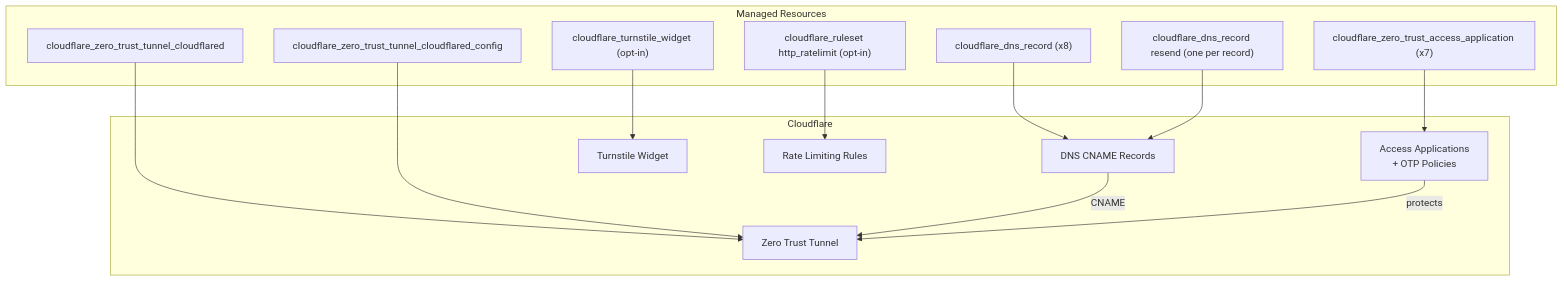
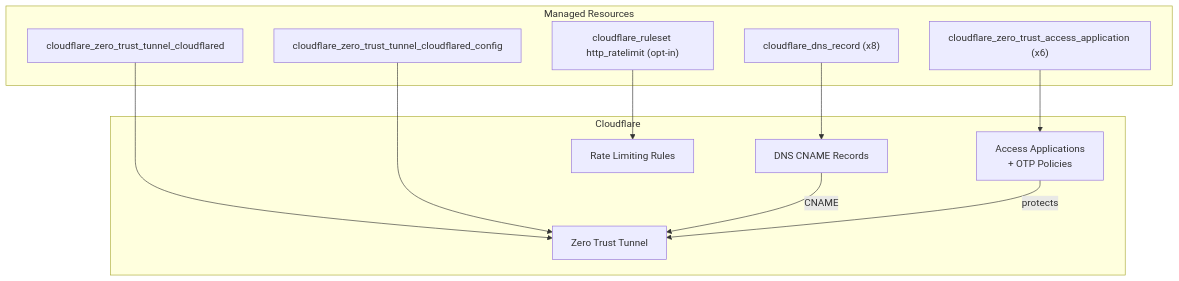
The fourth of 4 diagrams in README.md (danielpsf/homelab), drawn with Mermaid before and after one commit. The commit also changed other lines of this file and 164 other files, not shown here.

````diff
--- a/README.md
+++ b/README.md
@@ -161,31 +157,26 @@
 ```mermaid
 graph TD
     subgraph Cloudflare
         TUNNEL[Zero Trust Tunnel]
         DNS[DNS CNAME Records]
         ACCESS[Access Applications<br/>+ OTP Policies]
-        TURN[Turnstile Widget]
         WAF[Rate Limiting Rules]
     end
 
     subgraph Managed Resources
         R1[cloudflare_zero_trust_tunnel_cloudflared]
         R2[cloudflare_zero_trust_tunnel_cloudflared_config]
         R3["cloudflare_dns_record (x8)"]
-        R4["cloudflare_zero_trust_access_application (x7)"]
-        R5["cloudflare_dns_record resend (one per record)"]
-        R6["cloudflare_turnstile_widget (opt-in)"]
+        R4["cloudflare_zero_trust_access_application (x6)"]
         R7["cloudflare_ruleset http_ratelimit (opt-in)"]
     end
 
     R1 --> TUNNEL
     R2 --> TUNNEL
     R3 --> DNS
     R4 --> ACCESS
-    R5 --> DNS
-    R6 --> TURN
     R7 --> WAF
 
     DNS -->|CNAME| TUNNEL
     ACCESS -->|protects| TUNNEL
 ```
````
